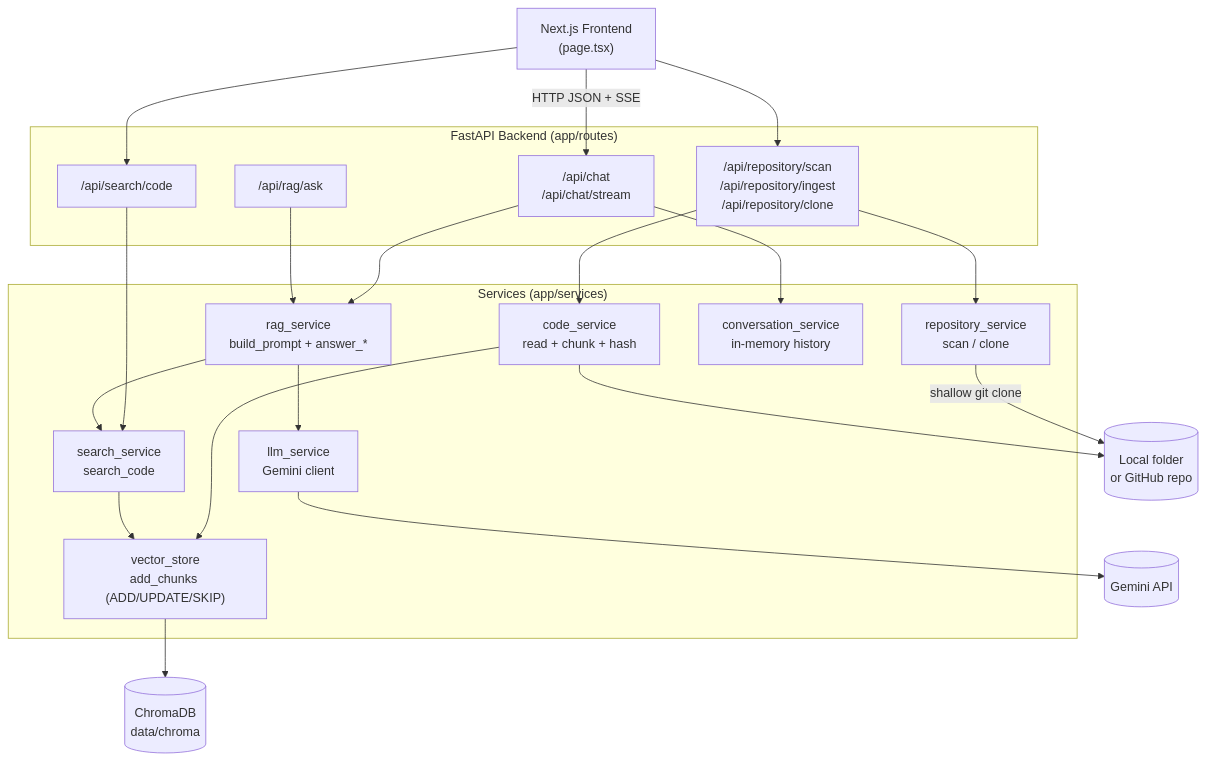
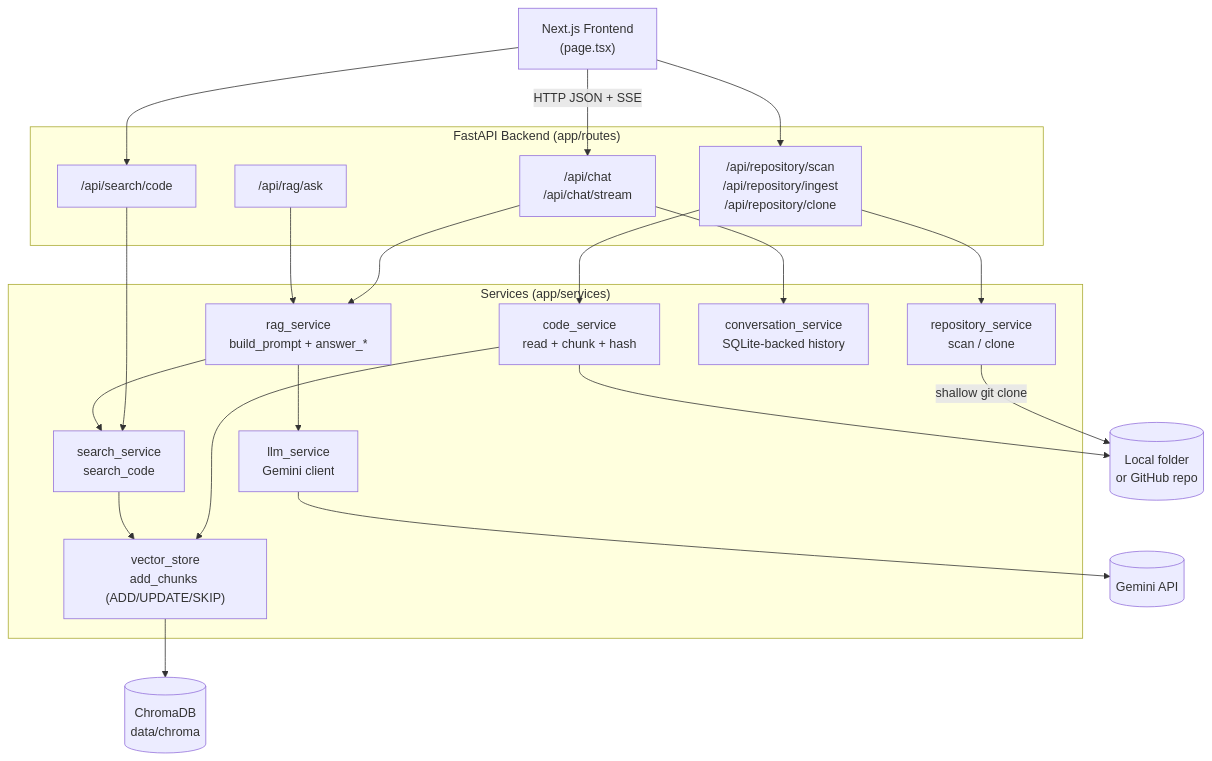
One commit to Sanjana-Chauhan/AI-Engineering-Copilot changed the first of 3 diagrams in readme.md. Above: the diagram before and after it, drawn with Mermaid. The commit also changed other lines of this file and 9 other files, not shown here.

````diff
--- a/readme.md
+++ b/readme.md
@@ -75,47 +75,47 @@
 ```mermaid
 flowchart TB
     UI["Next.js Frontend<br/>(page.tsx)"]
 
     subgraph API["FastAPI Backend (app/routes)"]
         ChatAPI["/api/chat<br/>/api/chat/stream"]
         RepoAPI["/api/repository/scan<br/>/api/repository/ingest<br/>/api/repository/clone"]
         SearchAPI["/api/search/code"]
         RagAPI["/api/rag/ask"]
     end
 
     subgraph SVC["Services (app/services)"]
         RepoSvc["repository_service<br/>scan / clone"]
         CodeSvc["code_service<br/>read + chunk + hash"]
         VectorStore["vector_store<br/>add_chunks (ADD/UPDATE/SKIP)"]
         SearchSvc["search_service<br/>search_code"]
         RagSvc["rag_service<br/>build_prompt + answer_*"]
-        ConvSvc["conversation_service<br/>in-memory history"]
+        ConvSvc["conversation_service<br/>SQLite-backed history"]
         LlmSvc["llm_service<br/>Gemini client"]
     end
 
     Chroma[("ChromaDB<br/>data/chroma")]
     Gemini[("Gemini API")]
     Source[("Local folder<br/>or GitHub repo")]
 
     UI -- "HTTP JSON + SSE" --> ChatAPI
     UI --> RepoAPI
     UI --> SearchAPI
 
     RepoAPI --> RepoSvc
     RepoAPI --> CodeSvc
     RepoSvc -- "shallow git clone" --> Source
     CodeSvc --> Source
     CodeSvc --> VectorStore
     VectorStore --> Chroma
 
     SearchAPI --> SearchSvc
     SearchSvc --> VectorStore
 
     ChatAPI --> RagSvc
     ChatAPI --> ConvSvc
     RagAPI --> RagSvc
 
     RagSvc --> SearchSvc
     RagSvc --> LlmSvc
     LlmSvc --> Gemini
 ```
````
